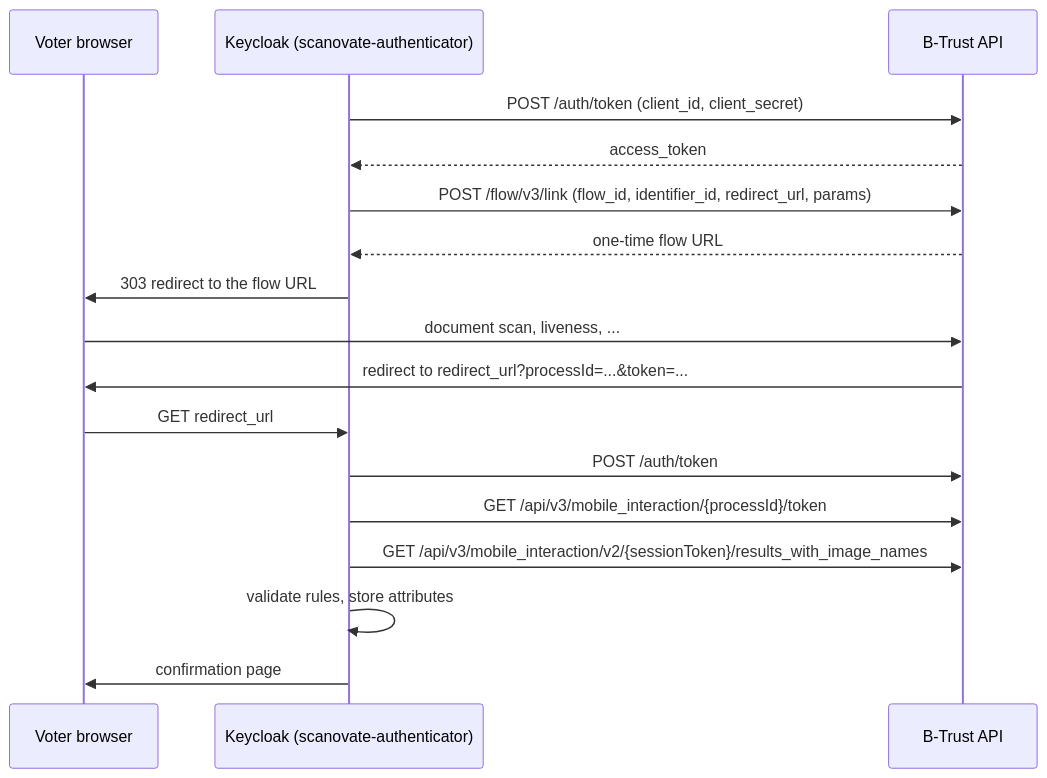
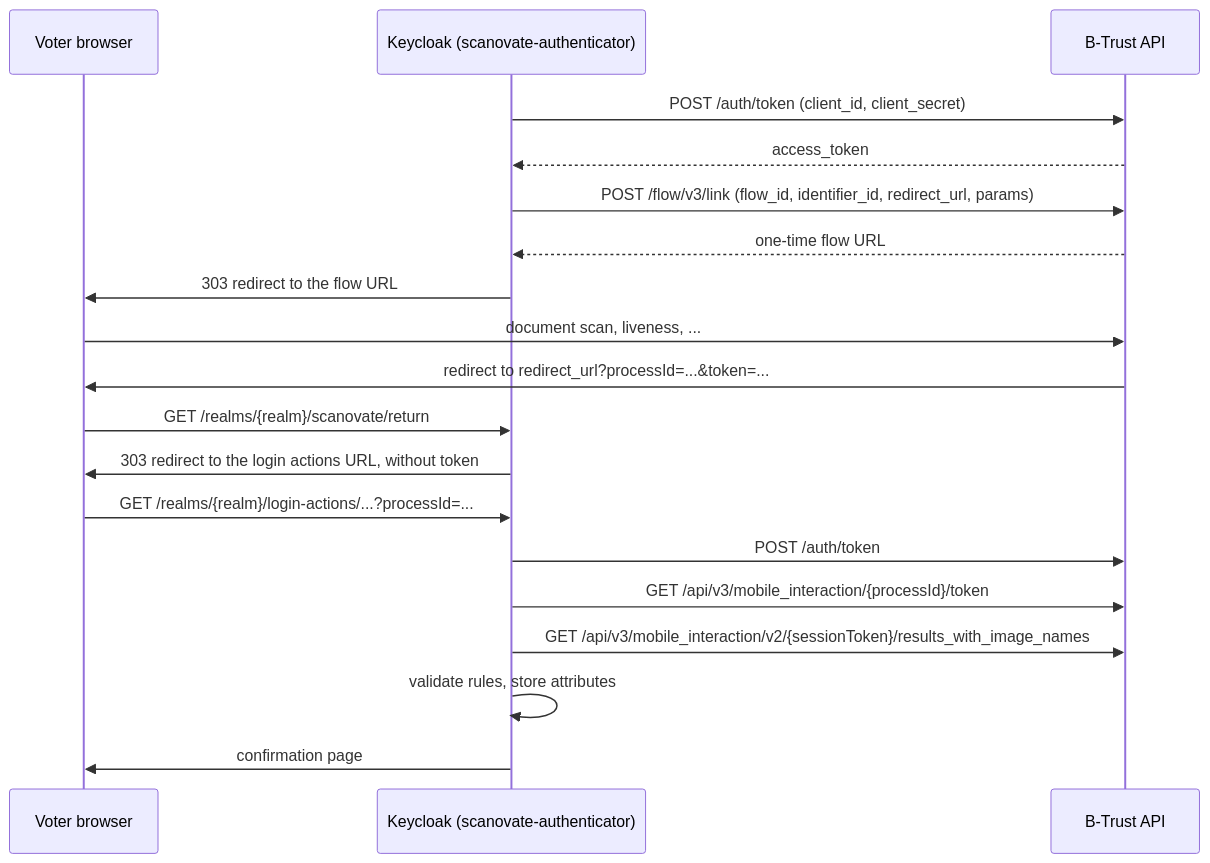
One commit to sequentech/step changed the diagram in docs/docusaurus/docs/integrations/scanovate_identity_verification_guide.md. Above: the diagram before and after it, drawn with Mermaid. The commit also changed other lines of this file and 4 other files, not shown here.

````diff
--- a/docs/docusaurus/docs/integrations/scanovate_identity_verification_guide.md
+++ b/docs/docusaurus/docs/integrations/scanovate_identity_verification_guide.md
@@ -28,19 +28,21 @@
 ```mermaid
 sequenceDiagram
     participant V as Voter browser
     participant K as Keycloak (scanovate-authenticator)
     participant B as B-Trust API
     K->>B: POST /auth/token (client_id, client_secret)
     B-->>K: access_token
     K->>B: POST /flow/v3/link (flow_id, identifier_id, redirect_url, params)
     B-->>K: one-time flow URL
     K->>V: 303 redirect to the flow URL
     V->>B: document scan, liveness, ...
     B->>V: redirect to redirect_url?processId=...&token=...
-    V->>K: GET redirect_url
+    V->>K: GET /realms/{realm}/scanovate/return
+    K->>V: 303 redirect to the login actions URL, without token
+    V->>K: GET /realms/{realm}/login-actions/...?processId=...
     K->>B: POST /auth/token
     K->>B: GET /api/v3/mobile_interaction/{processId}/token
     K->>B: GET /api/v3/mobile_interaction/v2/{sessionToken}/results_with_image_names
     K->>K: validate rules, store attributes
     K->>V: confirmation page
 ```
````
